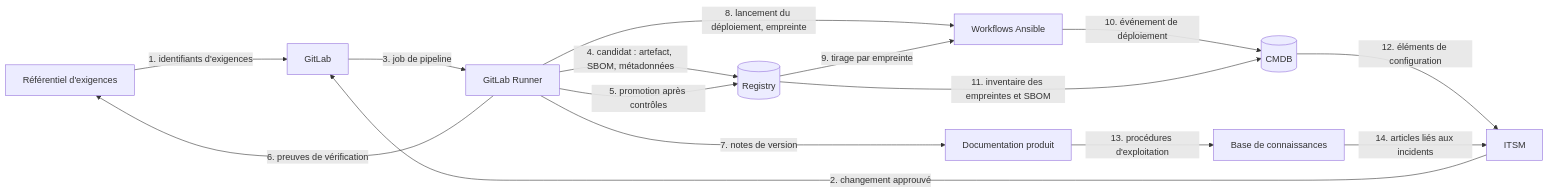
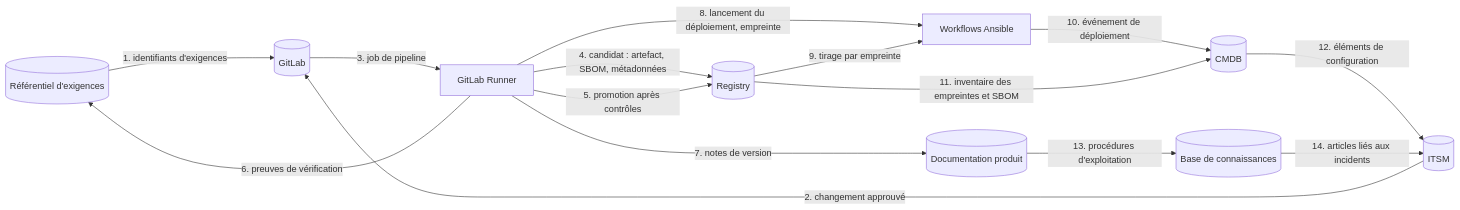
The first of 3 diagrams in Docs/1-fondations/flux-outils.md (logo-solutions/factice), drawn with Mermaid before and after one commit. The commit also changed other lines of this file and 9 other files, not shown here.

First line of the commit message:
docs(exigences): créer le référentiel d'exigences éditeurs et distinguer référentiels et exécutants dans flux-outils

````diff
--- a/Docs/1-fondations/flux-outils.md
+++ b/Docs/1-fondations/flux-outils.md
@@ -23,27 +30,27 @@
 ```mermaid
 flowchart LR
-    REQ["Référentiel d'exigences"]
-    ITSM["ITSM"]
-    GL["GitLab"]
+    REQ[("Référentiel d'exigences")]
+    ITSM[("ITSM")]
+    GL[("GitLab")]
     RUN["GitLab Runner"]
     REG[("Registry")]
     ANS["Workflows Ansible"]
     CMDB[("CMDB")]
-    DOC["Documentation produit"]
-    KB["Base de connaissances"]
+    DOC[("Documentation produit")]
+    KB[("Base de connaissances")]
 
     REQ -->|"1. identifiants d'exigences"| GL
     ITSM -->|"2. changement approuvé"| GL
     GL -->|"3. job de pipeline"| RUN
     RUN -->|"4. candidat : artefact, SBOM, métadonnées"| REG
     RUN -->|"5. promotion après contrôles"| REG
     RUN -->|"6. preuves de vérification"| REQ
     RUN -->|"7. notes de version"| DOC
     RUN -->|"8. lancement du déploiement, empreinte"| ANS
     REG -->|"9. tirage par empreinte"| ANS
     ANS -->|"10. événement de déploiement"| CMDB
     REG -->|"11. inventaire des empreintes et SBOM"| CMDB
     CMDB -->|"12. éléments de configuration"| ITSM
     DOC -->|"13. procédures d'exploitation"| KB
     KB -->|"14. articles liés aux incidents"| ITSM
 ```
````
